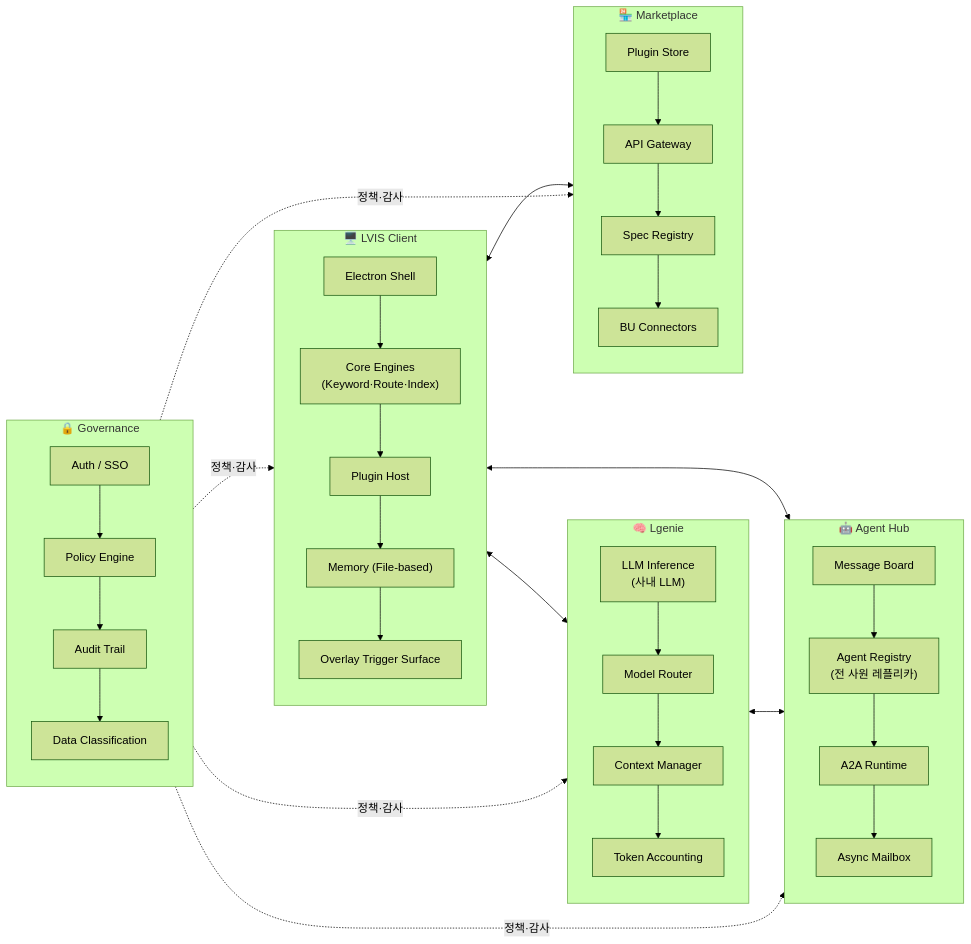
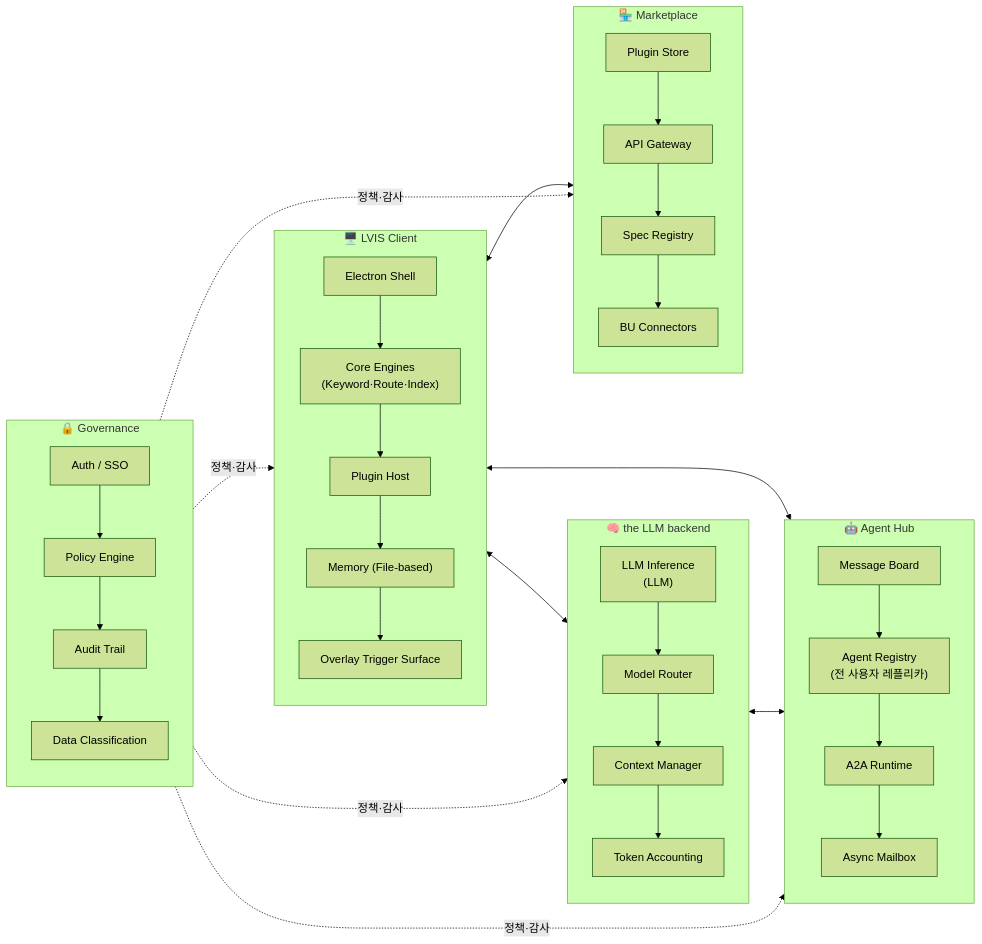
Before and after one commit to lvis-project/lvis-app: the third of 44 diagrams in docs/architecture/architecture.md, drawn with Mermaid (forest theme). The commit also changed other lines of this file and 85 other files, not shown here.

````diff
--- a/docs/architecture/architecture.md
+++ b/docs/architecture/architecture.md
@@ -159,57 +159,57 @@
 ```mermaid
 graph LR
     subgraph P1["🖥️ LVIS Client"]
         direction TB
         P1A["Electron Shell"]
         P1B["Core Engines<br/>(Keyword·Route·Index)"]
         P1C["Plugin Host"]
         P1D["Memory (File-based)"]
         P1E["Overlay Trigger Surface"]
         P1A --> P1B --> P1C --> P1D --> P1E
     end
 
-    subgraph P2["🧠 Lgenie"]
+    subgraph P2["🧠 the LLM backend"]
         direction TB
-        P2A["LLM Inference<br/>(사내 LLM)"]
+        P2A["LLM Inference<br/>(LLM)"]
         P2B["Model Router"]
         P2C["Context Manager"]
         P2D["Token Accounting"]
         P2A --> P2B --> P2C --> P2D
     end
 
     subgraph P3["🤖 Agent Hub"]
         direction TB
         P3A["Message Board"]
-        P3B["Agent Registry<br/>(전 사원 레플리카)"]
+        P3B["Agent Registry<br/>(전 사용자 레플리카)"]
         P3C["A2A Runtime"]
         P3D["Async Mailbox"]
         P3A --> P3B --> P3C --> P3D
     end
 
     subgraph P4["🏪 Marketplace"]
         direction TB
         P4A["Plugin Store"]
         P4B["API Gateway"]
         P4C["Spec Registry"]
         P4D["BU Connectors"]
         P4A --> P4B --> P4C --> P4D
     end
 
     subgraph P5["🔒 Governance"]
         direction TB
         P5A["Auth / SSO"]
         P5B["Policy Engine"]
         P5C["Audit Trail"]
         P5D["Data Classification"]
         P5A --> P5B --> P5C --> P5D
     end
 
     P1 <--> P2
     P1 <--> P3
     P1 <--> P4
     P2 <--> P3
     P5 -.->|"정책·감사"| P1
     P5 -.->|"정책·감사"| P2
     P5 -.->|"정책·감사"| P3
     P5 -.->|"정책·감사"| P4
 ```
````
